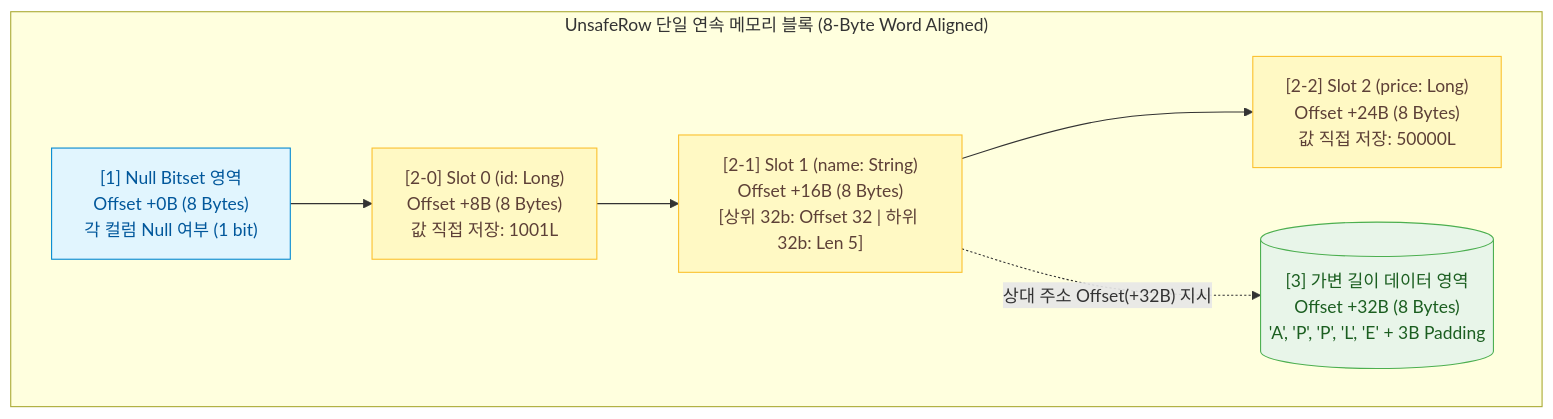
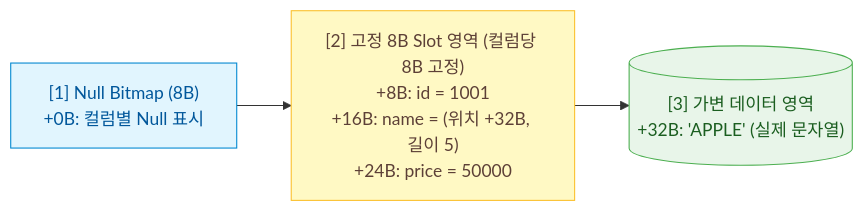
Before and after one commit to djpibo/djpibo.github.io: the third of 7 diagrams in blog/weekly/mapreduce-spark-and-distributed-db-internals.md, drawn with Mermaid. The commit also changed other lines of this file, not shown here.

````diff
--- a/blog/weekly/mapreduce-spark-and-distributed-db-internals.md
+++ b/blog/weekly/mapreduce-spark-and-distributed-db-internals.md
@@ -78,18 +115,12 @@
 ```mermaid
 flowchart LR
     classDef storage fill:#E8F5E9,stroke:#4CAF50,color:#1B5E20;
     classDef process fill:#FFF9C4,stroke:#FBC02D,color:#5D4037;
     classDef cloud fill:#E1F5FE,stroke:#0288D1,color:#01579B;
 
-    subgraph UNSAFE_ROW ["UnsafeRow 단일 연속 메모리 블록 (8-Byte Word Aligned)"]
-        direction LR
-        NULL_BIT["[1] Null Bitset 영역<br/>Offset +0B (8 Bytes)<br/>각 컬럼 Null 여부 (1 bit)"]:::cloud
-        SLOT0["[2-0] Slot 0 (id: Long)<br/>Offset +8B (8 Bytes)<br/>값 직접 저장: 1001L"]:::process
-        SLOT1["[2-1] Slot 1 (name: String)<br/>Offset +16B (8 Bytes)<br/>[상위 32b: Offset 32 | 하위 32b: Len 5]"]:::process
-        SLOT2["[2-2] Slot 2 (price: Long)<br/>Offset +24B (8 Bytes)<br/>값 직접 저장: 50000L"]:::process
-        VAR_DATA[("[3] 가변 길이 데이터 영역<br/>Offset +32B (8 Bytes)<br/>'A', 'P', 'P', 'L', 'E' + 3B Padding")]:::storage
+    NULL_BIT["[1] Null Bitmap (8B)<br/>+0B: 컬럼별 Null 표시"]:::cloud
+    SLOTS["[2] 고정 8B Slot 영역 (컬럼당 8B 고정)<br/>+8B: id = 1001<br/>+16B: name = (위치 +32B, 길이 5)<br/>+24B: price = 50000"]:::process
+    VAR_DATA[("[3] 가변 데이터 영역<br/>+32B: 'APPLE' (실제 문자열)")]:::storage
 
-        NULL_BIT --> SLOT0 --> SLOT1 --> SLOT2
-        SLOT1 -.->|"상대 주소 Offset(+32B) 지시"| VAR_DATA
-    end
+    NULL_BIT --> SLOTS --> VAR_DATA
 ```
````
